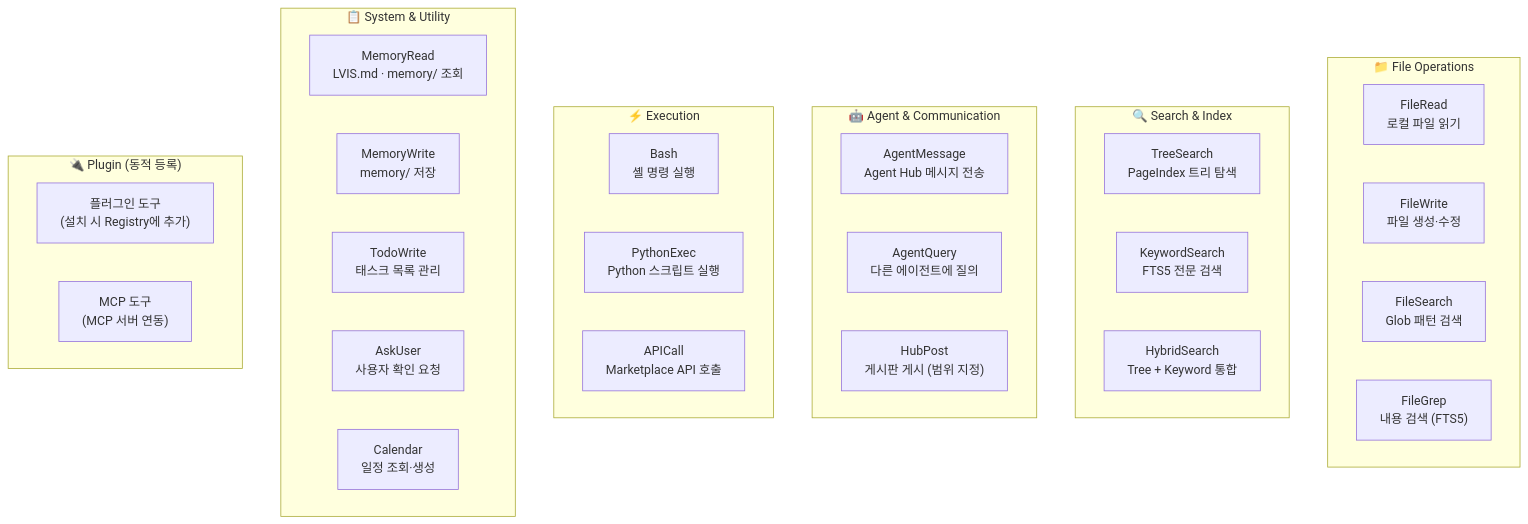
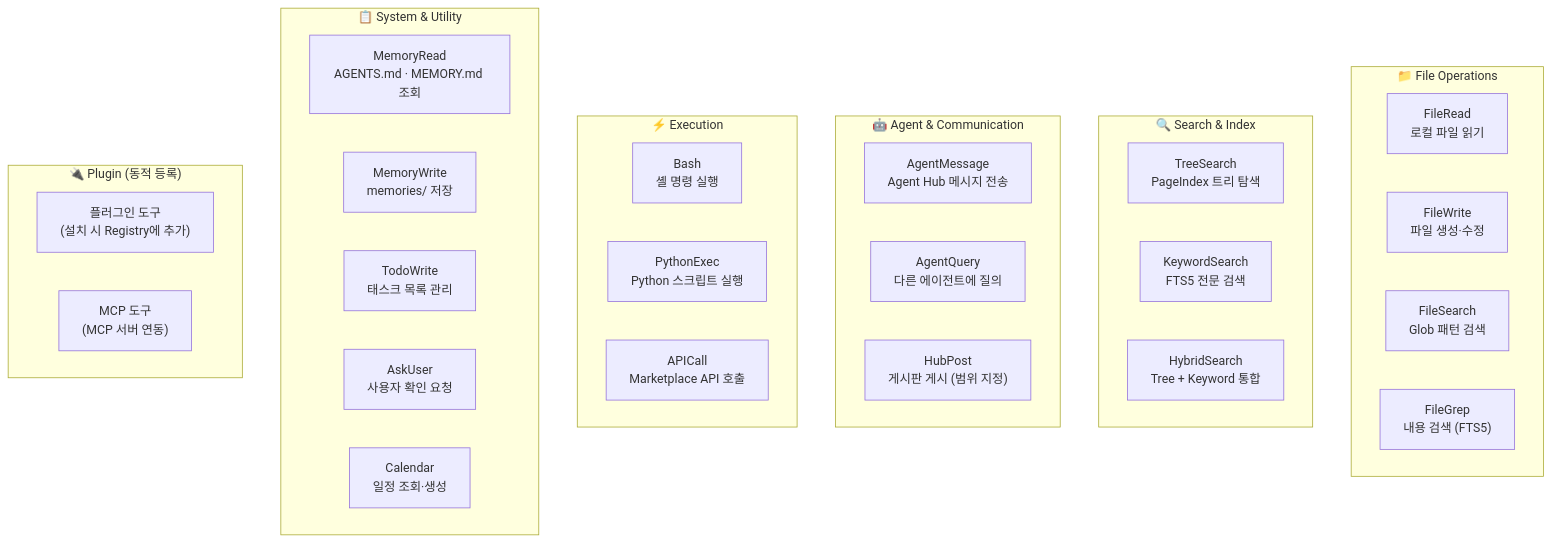
Diagram 20 of 44 in docs/architecture/architecture.md (lvis-project/lvis-app), drawn with Mermaid before and after one commit. The commit also changed other lines of this file and 48 other files, not shown here.

````diff
--- a/docs/architecture/architecture.md
+++ b/docs/architecture/architecture.md
@@ -1668,40 +1681,40 @@
 ```mermaid
 graph TB
     subgraph "📁 File Operations"
         FILE_READ["FileRead<br/>로컬 파일 읽기"]
         FILE_WRITE["FileWrite<br/>파일 생성·수정"]
         FILE_SEARCH["FileSearch<br/>Glob 패턴 검색"]
         FILE_GREP["FileGrep<br/>내용 검색 (FTS5)"]
     end
 
     subgraph "🔍 Search & Index"
         TREE_SEARCH["TreeSearch<br/>PageIndex 트리 탐색"]
         KEYWORD_SEARCH["KeywordSearch<br/>FTS5 전문 검색"]
         HYBRID_SEARCH["HybridSearch<br/>Tree + Keyword 통합"]
     end
 
     subgraph "🤖 Agent & Communication"
         AGENT_MSG["AgentMessage<br/>Agent Hub 메시지 전송"]
         AGENT_QUERY["AgentQuery<br/>다른 에이전트에 질의"]
         HUB_POST["HubPost<br/>게시판 게시 (범위 지정)"]
     end
 
     subgraph "⚡ Execution"
         BASH["Bash<br/>셸 명령 실행"]
         PYTHON["PythonExec<br/>Python 스크립트 실행"]
         API_CALL["APICall<br/>Marketplace API 호출"]
     end
 
     subgraph "📋 System & Utility"
-        MEMORY_READ["MemoryRead<br/>LVIS.md · memory/ 조회"]
-        MEMORY_WRITE["MemoryWrite<br/>memory/ 저장"]
+        MEMORY_READ["MemoryRead<br/>AGENTS.md · MEMORY.md 조회"]
+        MEMORY_WRITE["MemoryWrite<br/>memories/ 저장"]
         TODO["TodoWrite<br/>태스크 목록 관리"]
         ASK_USER["AskUser<br/>사용자 확인 요청"]
         CALENDAR["Calendar<br/>일정 조회·생성"]
     end
 
     subgraph "🔌 Plugin (동적 등록)"
         PLUGIN_TOOL["플러그인 도구<br/>(설치 시 Registry에 추가)"]
         MCP_TOOL["MCP 도구<br/>(MCP 서버 연동)"]
     end
 ```
````
